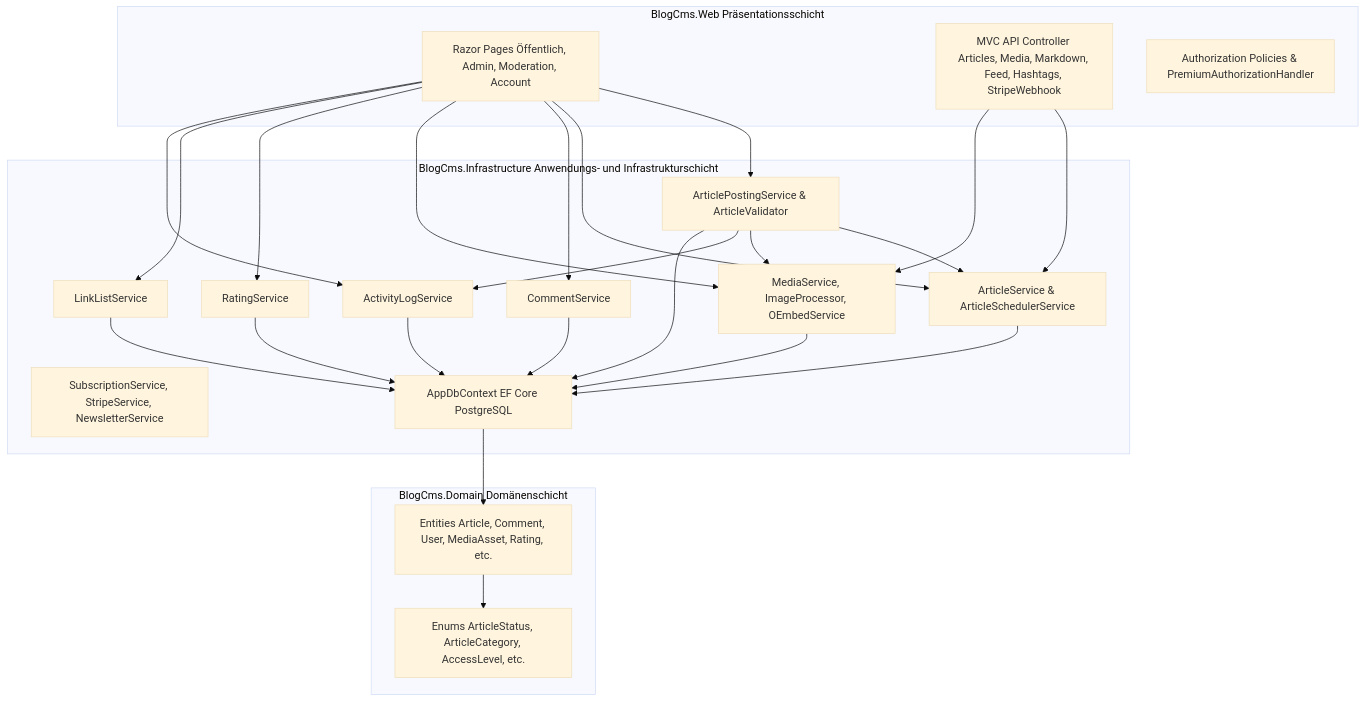
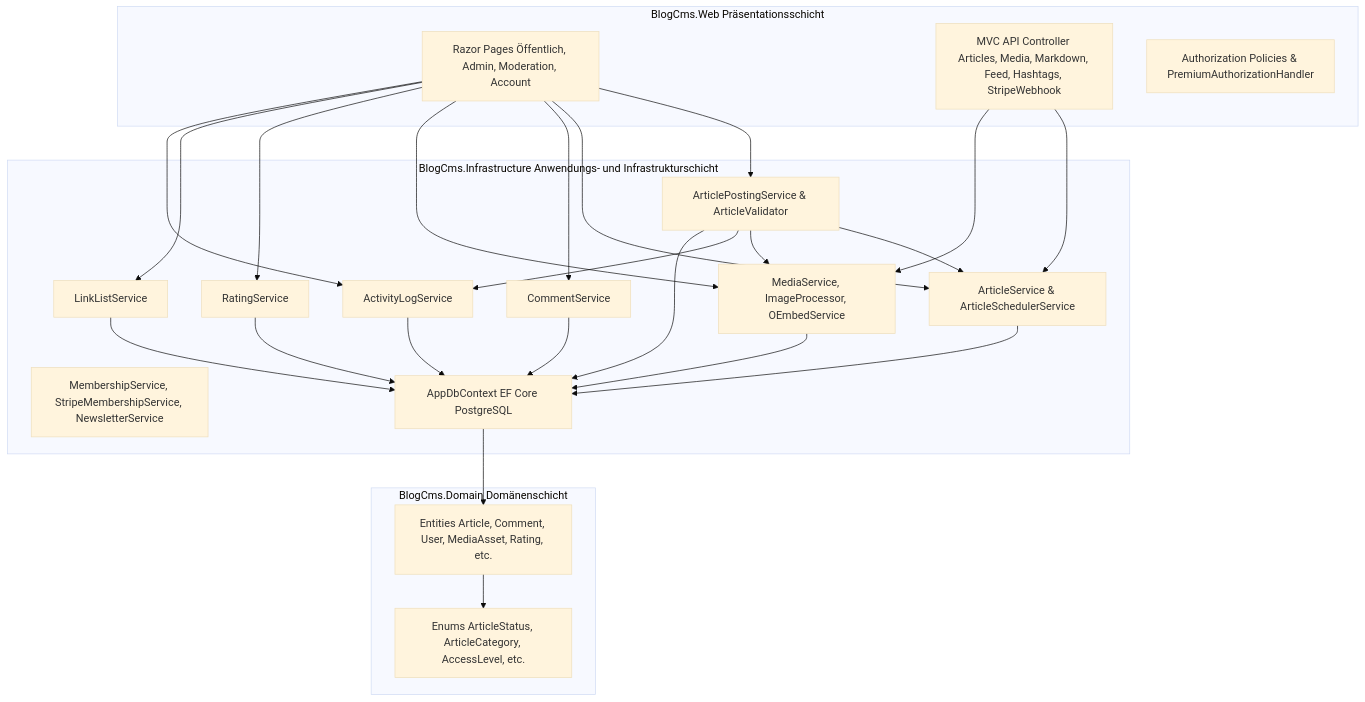
One commit to von-Platen-IT/MentalVersagen changed the diagram in plans/technische-uebersicht-backend.md. Above: the diagram before and after it, drawn with Mermaid (base theme). The commit also changed other lines of this file and 139 other files, not shown here.

````diff
--- a/plans/technische-uebersicht-backend.md
+++ b/plans/technische-uebersicht-backend.md
@@ -12,47 +12,47 @@
 ```mermaid
 flowchart TD
     subgraph Web [BlogCms.Web Präsentationsschicht]
         RP[Razor Pages Öffentlich, Admin, Moderation, Account]
         CTRL[MVC API Controller Articles, Media, Markdown, Feed, Hashtags, StripeWebhook]
         AUTH[Authorization Policies & PremiumAuthorizationHandler]
     end
 
     subgraph Infra [BlogCms.Infrastructure Anwendungs- und Infrastrukturschicht]
         APS[ArticlePostingService & ArticleValidator]
         AS[ArticleService & ArticleSchedulerService]
         CS[CommentService]
         MS[MediaService, ImageProcessor, OEmbedService]
         RS[RatingService]
         LLS[LinkListService]
         ALS[ActivityLogService]
-        SUB[SubscriptionService, StripeService, NewsletterService]
+        SUB[MembershipService, StripeMembershipService, NewsletterService]
         DB[AppDbContext EF Core PostgreSQL]
     end
 
     subgraph Domain [BlogCms.Domain Domänenschicht]
         ENT[Entities Article, Comment, User, MediaAsset, Rating, etc.]
         ENUM[Enums ArticleStatus, ArticleCategory, AccessLevel, etc.]
     end
 
     RP --> APS
     RP --> AS
     RP --> CS
     RP --> MS
     RP --> RS
     RP --> LLS
     RP --> ALS
     CTRL --> AS
     CTRL --> MS
     APS --> AS
     APS --> MS
     APS --> ALS
     APS --> DB
     AS --> DB
     CS --> DB
     MS --> DB
     RS --> DB
     LLS --> DB
     ALS --> DB
     DB --> ENT
     ENT --> ENUM
 ```
````
